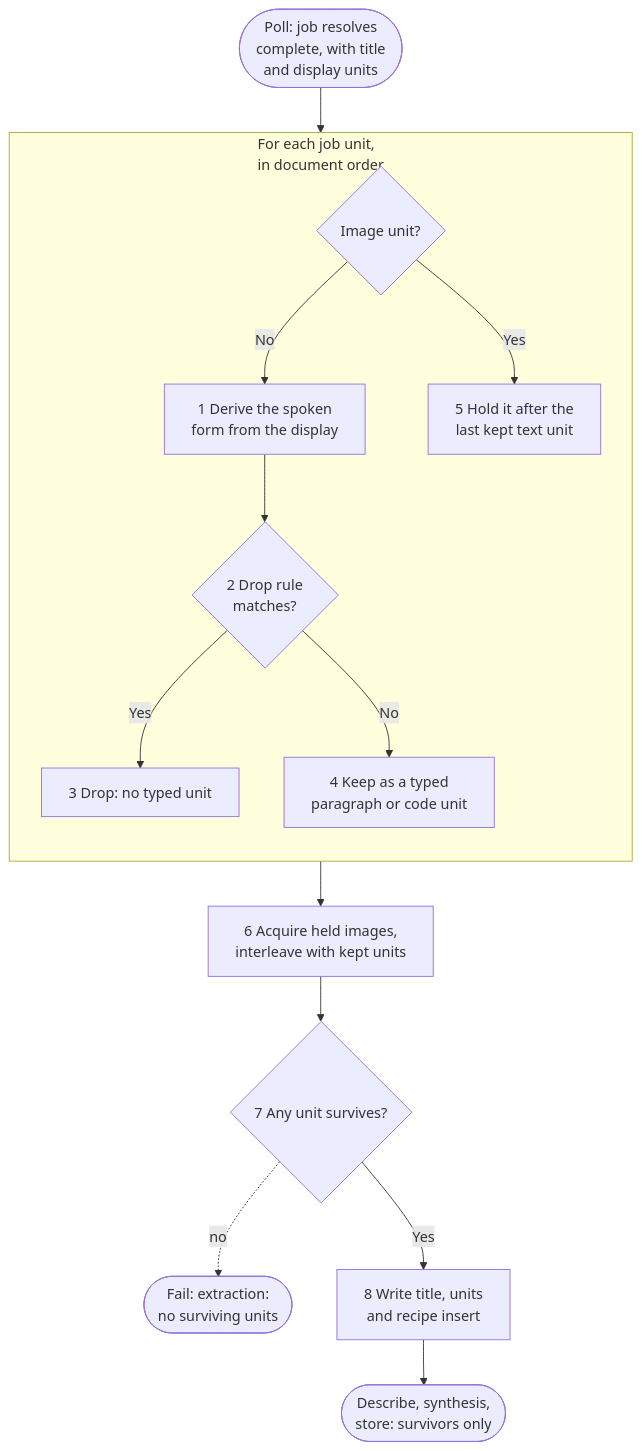
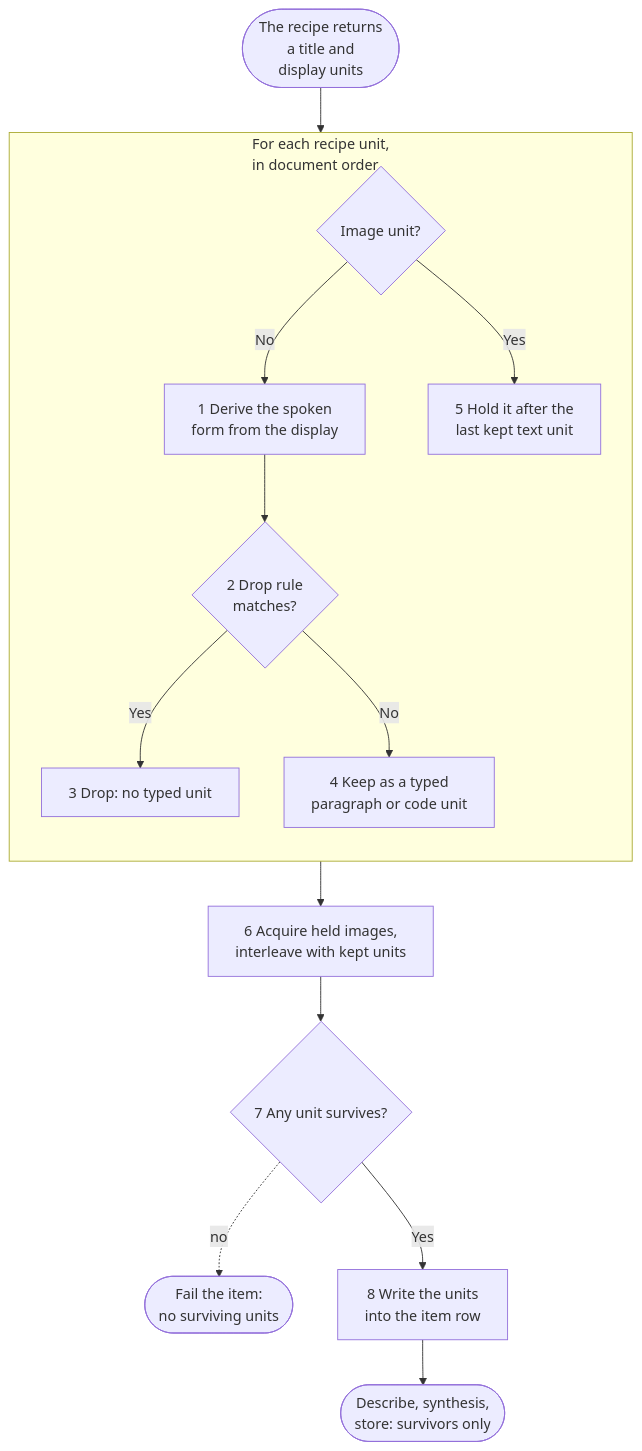
The first of 2 diagrams in docs/technical-design/article-extraction.md (asermax/nagara), drawn with Mermaid before and after one commit. The commit also changed other lines of this file and 18 other files, not shown here.

````diff
--- a/docs/technical-design/article-extraction.md
+++ b/docs/technical-design/article-extraction.md
@@ -27,18 +25,18 @@
 ```mermaid
 flowchart TD
-    start(["Poll: job resolves<br/>complete, with title<br/>and display units"]) --> loop
-    subgraph loop ["For each job unit,<br/>in document order"]
+    start(["The recipe returns<br/>a title and<br/>display units"]) --> loop
+    subgraph loop ["For each recipe unit,<br/>in document order"]
         direction TB
         kind{"Image unit?"}
         kind -->|No| spoken["1 Derive the spoken<br/>form from the display"]
         spoken --> test{"2 Drop rule<br/>matches?"}
         test -->|Yes| drop["3 Drop: no typed unit"]
         test -->|No| keep["4 Keep as a typed<br/>paragraph or code unit"]
         kind -->|Yes| stash["5 Hold it after the<br/>last kept text unit"]
     end
     loop --> acquire["6 Acquire held images,<br/>interleave with kept units"]
     acquire --> any{"7 Any unit survives?"}
-    any -. no .-> fail(["Fail: extraction:<br/>no surviving units"])
-    any -->|Yes| write["8 Write title, units<br/>and recipe insert"]
+    any -. no .-> fail(["Fail the item:<br/>no surviving units"])
+    any -->|Yes| write["8 Write the units<br/>into the item row"]
     write --> next(["Describe, synthesis,<br/>store: survivors only"])
 ```
````
